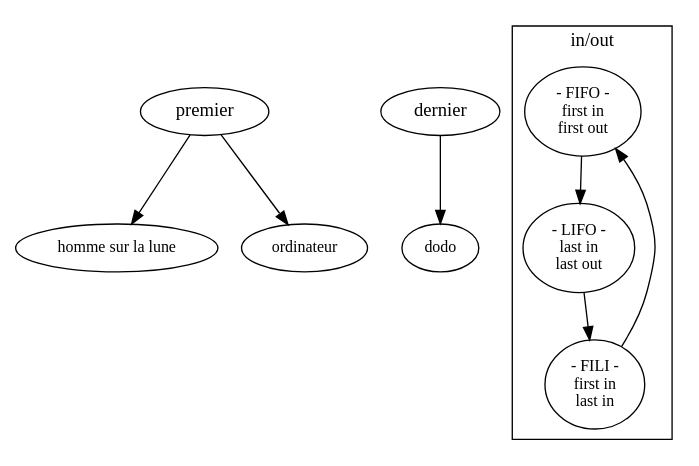
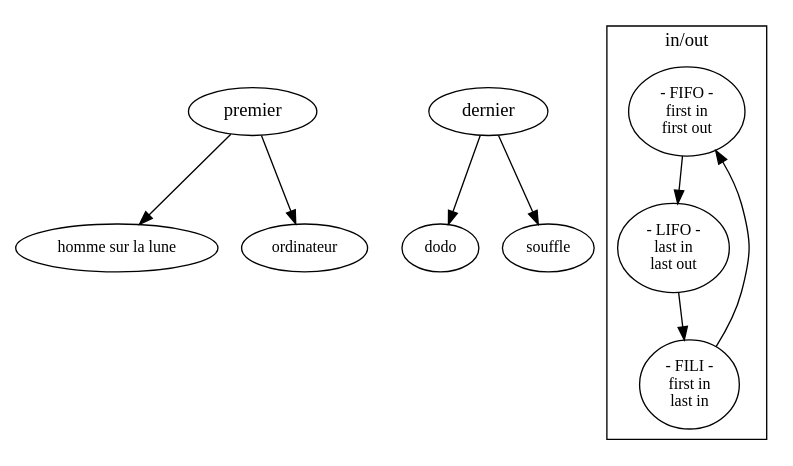
One commit to ensad-nancy/first-last changed the diagram in sujet.dot. Above: the diagram before and after it, drawn with Graphviz.

Commit message:
+	last -> souffle

```diff
--- a/sujet.dot
+++ b/sujet.dot
@@ -1,28 +1,29 @@
 digraph {
 
 	first [label="premier"]
 	last [label="dernier"]
 	
 	fontname="myriadpro"
 	fontsize = 14
 	
 	node [fontname="myriadpro", fontsize = 12]
 	edge [fontname="monaco", fontsize = 10]
 
 	first -> "homme sur la lune"
 	first -> "ordinateur"
 	
 	last -> dodo
+	last -> souffle
 
 	subgraph cluster_FO{
 	
 		label="in/out"
 		
 		FIFO [label="- FIFO -\nfirst in\nfirst out"]
 		LIFO [label="- LIFO -\nlast in\nlast out"]
 		FILI [label="- FILI -\nfirst in\n last in"]
 
 		FILI -> FIFO -> LIFO -> FILI
 	}
 	
 }
```
